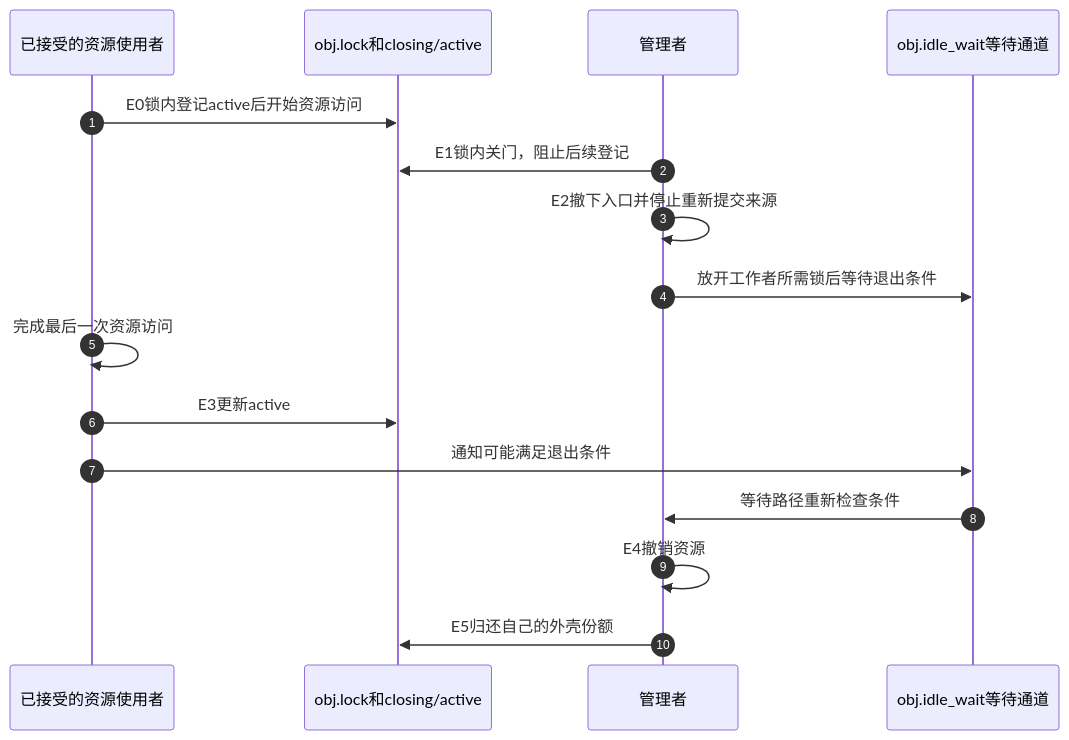
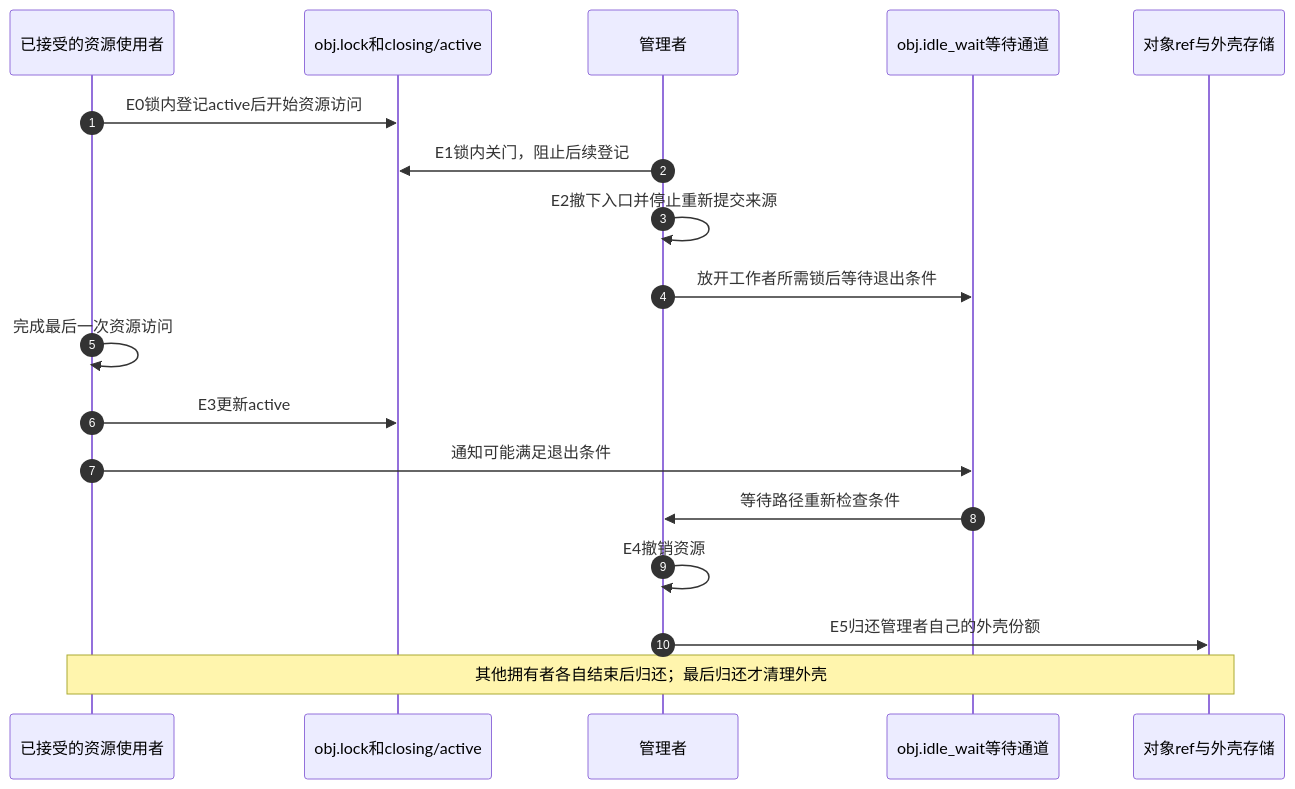
One commit to FormingSystem/linux_note changed diagram 12 of 15 in knowledge/linux/object_lifetime/kref/P12_典型错误模式与调试线索.md. Above: the diagram before and after it, drawn with Mermaid. The commit also changed other lines of this file and 3 other files, not shown here.

````diff
--- a/knowledge/linux/object_lifetime/kref/P12_典型错误模式与调试线索.md
+++ b/knowledge/linux/object_lifetime/kref/P12_典型错误模式与调试线索.md
@@ -1018,18 +1031,20 @@
 ```mermaid
 sequenceDiagram
     autonumber
     participant U as 已接受的资源使用者
     participant S as obj.lock和closing/active
     participant M as 管理者
     participant W as obj.idle_wait等待通道
+    participant O as 对象ref与外壳存储
     U->>S: E0锁内登记active后开始资源访问
     M->>S: E1锁内关门，阻止后续登记
     M->>M: E2撤下入口并停止重新提交来源
     M->>W: 放开工作者所需锁后等待退出条件
     U->>U: 完成最后一次资源访问
     U->>S: E3更新active
     U->>W: 通知可能满足退出条件
     W->>M: 等待路径重新检查条件
     M->>M: E4撤销资源
-    M->>S: E5归还自己的外壳份额
+    M->>O: E5归还管理者自己的外壳份额
+    Note over U,O: 其他拥有者各自结束后归还；最后归还才清理外壳
 ```
````
